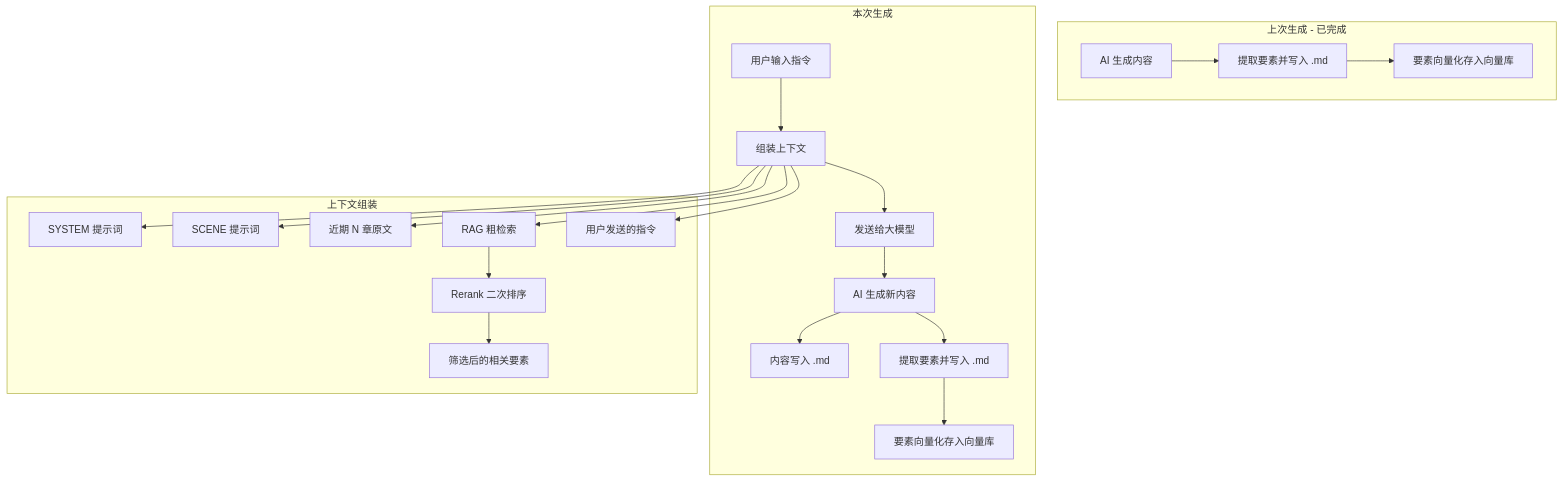
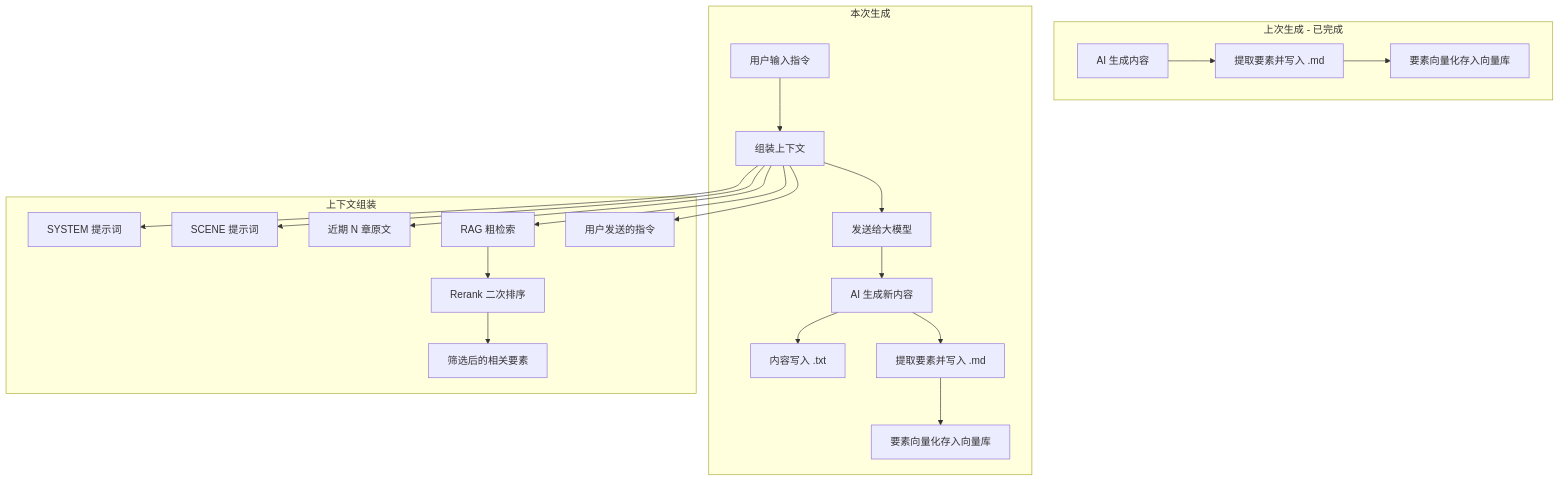
Before and after one commit to honlnk/NovAI-document: the diagram in NovAI产品规划.md, drawn with Mermaid. The commit also changed other lines of this file and 15 other files, not shown here.

````diff
--- a/NovAI产品规划.md
+++ b/NovAI产品规划.md
@@ -95,26 +97,26 @@
 ```mermaid
 graph TD
     subgraph last["上次生成 - 已完成"]
         A1[AI 生成内容] --> A2[提取要素并写入 .md]
         A2 --> A3[要素向量化存入向量库]
     end
 
     subgraph current["本次生成"]
         B1[用户输入指令] --> B2[组装上下文]
         B2 --> B5[发送给大模型]
         B5 --> B4[AI 生成新内容]
-        B4 --> B6[内容写入 .md]
+        B4 --> B6[内容写入 .txt]
         B4 --> B7[提取要素并写入 .md]
         B7 --> B8[要素向量化存入向量库]
     end
 
     subgraph ctx["上下文组装"]
         B2 --> C1[SYSTEM 提示词]
         B2 --> C2[SCENE 提示词]
         B2 --> C6[近期 N 章原文]
         B2 --> C3[RAG 粗检索]
         C3 --> C4[Rerank 二次排序]
         C4 --> C5[筛选后的相关要素]
         B2 --> C7[用户发送的指令]
     end
 ```
````
